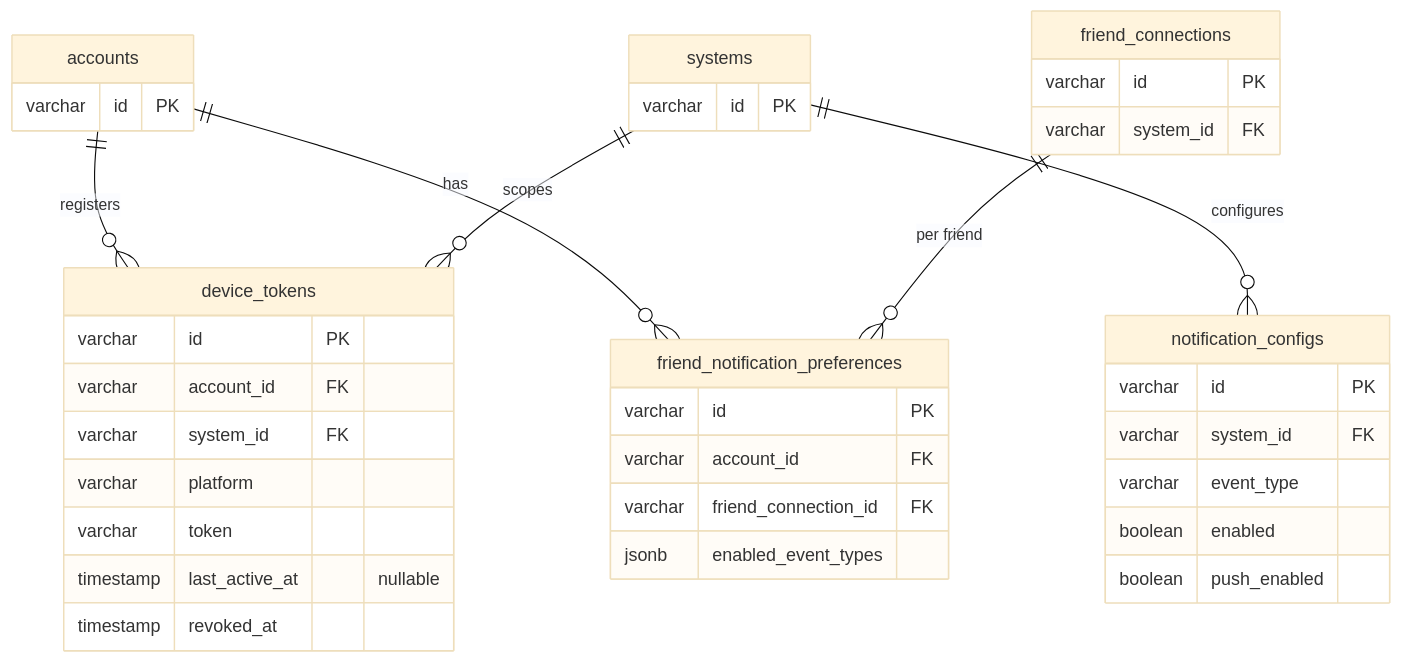
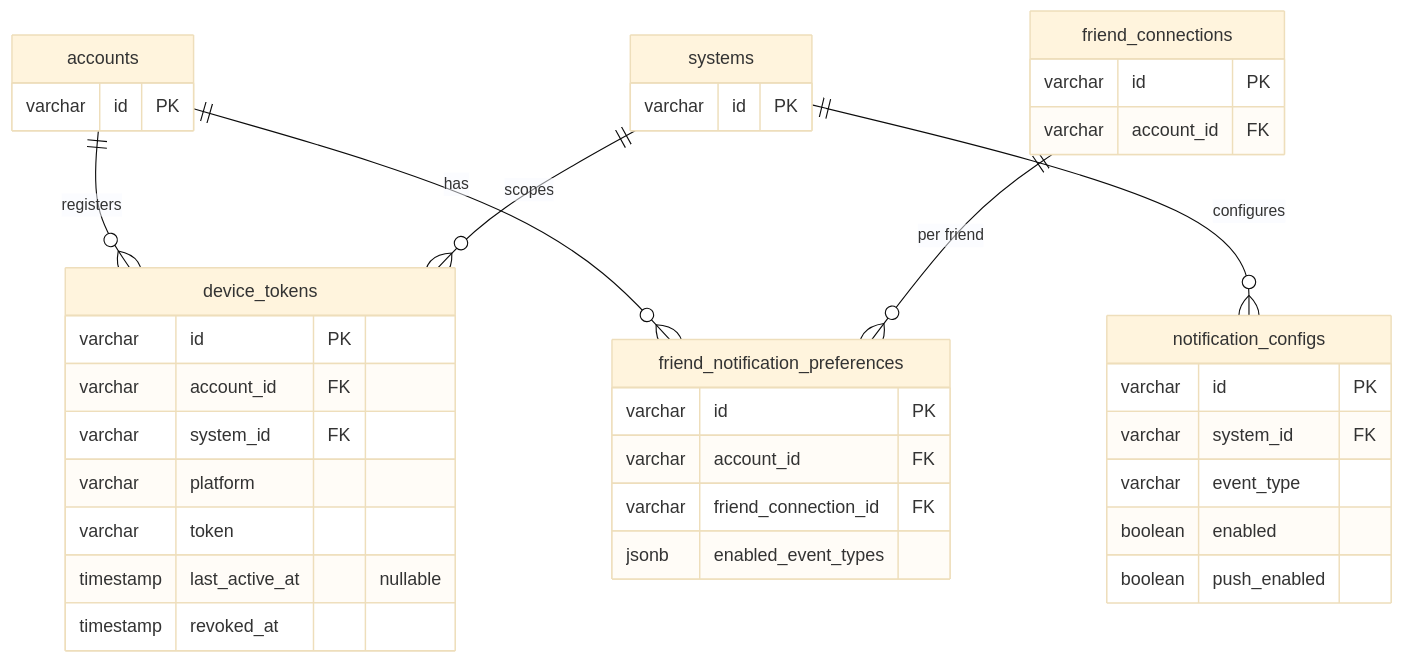
Before and after one commit to ThePrismSystem/pluralscape-mono: diagram 14 of 21 in docs/database-schema.md, drawn with Mermaid (base theme). The commit also changed 1 other file, not shown here.

Commit message:
docs: fix stale cross-refs and missing columns in schema diagrams
Correct a stale feature number reference in 006-outtrigger-analytics
(009 -> 008 after renumbering). Fix the friend_connections stub in the
Notifications diagram (system_id -> account_id). Add the missing
system_id FK column to bucket_content_tags and friend_bucket_assignments
stubs in the Privacy diagram.

````diff
--- a/docs/database-schema.md
+++ b/docs/database-schema.md
@@ -755,46 +757,46 @@
 ```mermaid
 erDiagram
     accounts {
         varchar id PK
     }
 
     systems {
         varchar id PK
     }
 
     friend_connections {
         varchar id PK
-        varchar system_id FK
+        varchar account_id FK
     }
 
     device_tokens {
         varchar id PK
         varchar account_id FK
         varchar system_id FK
         varchar platform
         varchar token
         timestamp last_active_at "nullable"
         timestamp revoked_at
     }
 
     notification_configs {
         varchar id PK
         varchar system_id FK
         varchar event_type
         boolean enabled
         boolean push_enabled
     }
 
     friend_notification_preferences {
         varchar id PK
         varchar account_id FK
         varchar friend_connection_id FK
         jsonb enabled_event_types
     }
 
     accounts ||--o{ device_tokens : "registers"
     systems ||--o{ device_tokens : "scopes"
     systems ||--o{ notification_configs : "configures"
     accounts ||--o{ friend_notification_preferences : "has"
     friend_connections ||--o{ friend_notification_preferences : "per friend"
 ```
````
